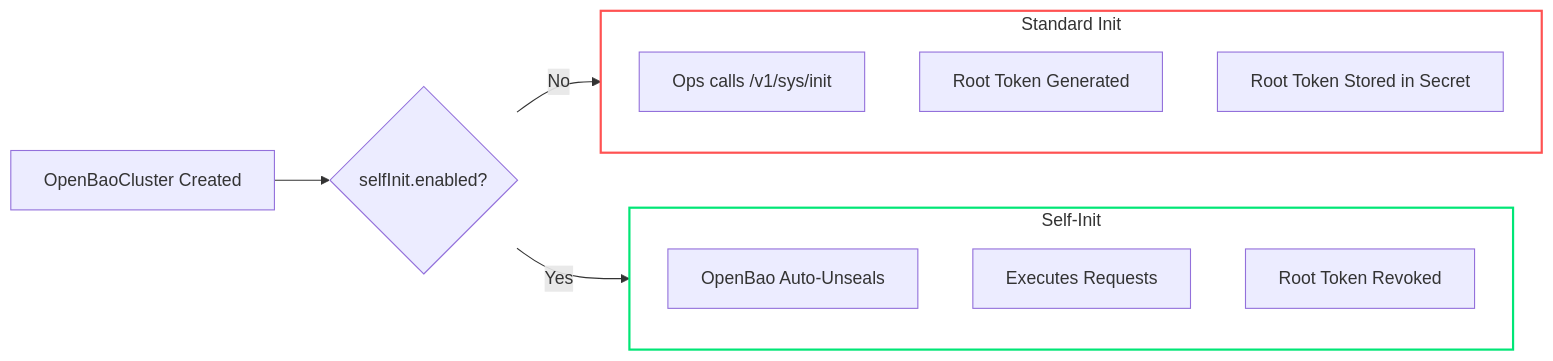
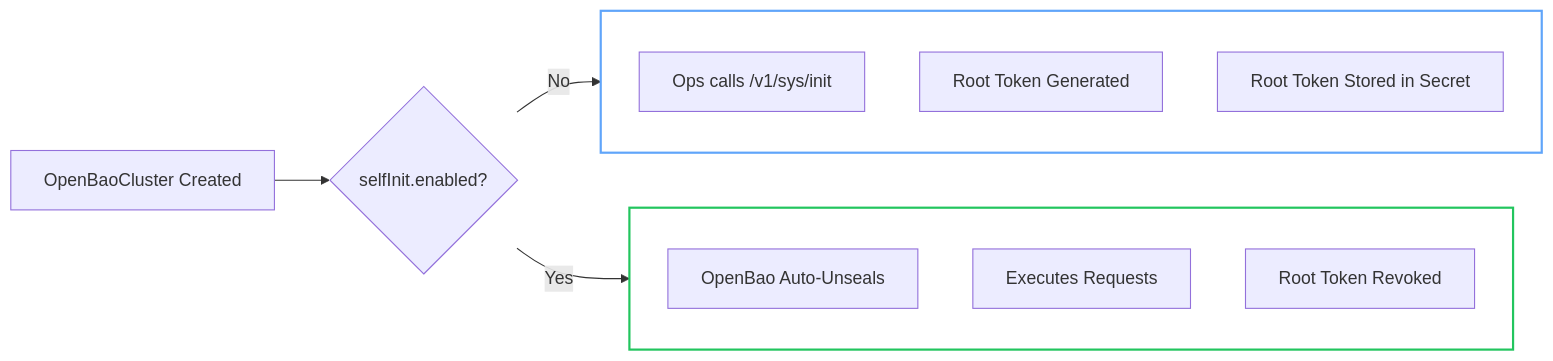
One commit to dc-tec/openbao-operator changed the diagram in docs/user-guide/openbaocluster/configuration/self-init.md. Above: the diagram before and after it, drawn with Mermaid. The commit also changed other lines of this file and 83 other files, not shown here.

````diff
--- a/docs/user-guide/openbaocluster/configuration/self-init.md
+++ b/docs/user-guide/openbaocluster/configuration/self-init.md
@@ -17,24 +17,27 @@
 ```mermaid
 flowchart LR
     Start["OpenBaoCluster Created"]
     Method{"selfInit.enabled?"}
 
     subgraph Standard [Standard Init]
         STD_A[Ops calls /v1/sys/init]
         STD_B[Root Token Generated]
         STD_C[Root Token Stored in Secret]
     end
 
     subgraph Self [Self-Init]
         SI_A[OpenBao Auto-Unseals]
         SI_B[Executes Requests]
         SI_C[Root Token Revoked]
     end
 
     Start --> Method
     Method -- No --> Standard
     Method -- Yes --> Self
 
-    style Self fill:transparent,stroke:#00e676,stroke-width:2px
-    style Standard fill:transparent,stroke:#ff5252,stroke-width:2px
+    classDef write fill:transparent,stroke:#22c55e,stroke-width:2px,color:#fff;
+    classDef read fill:transparent,stroke:#60a5fa,stroke-width:2px,color:#fff;
+    
+    class Self write;
+    class Standard read;
 ```
````
